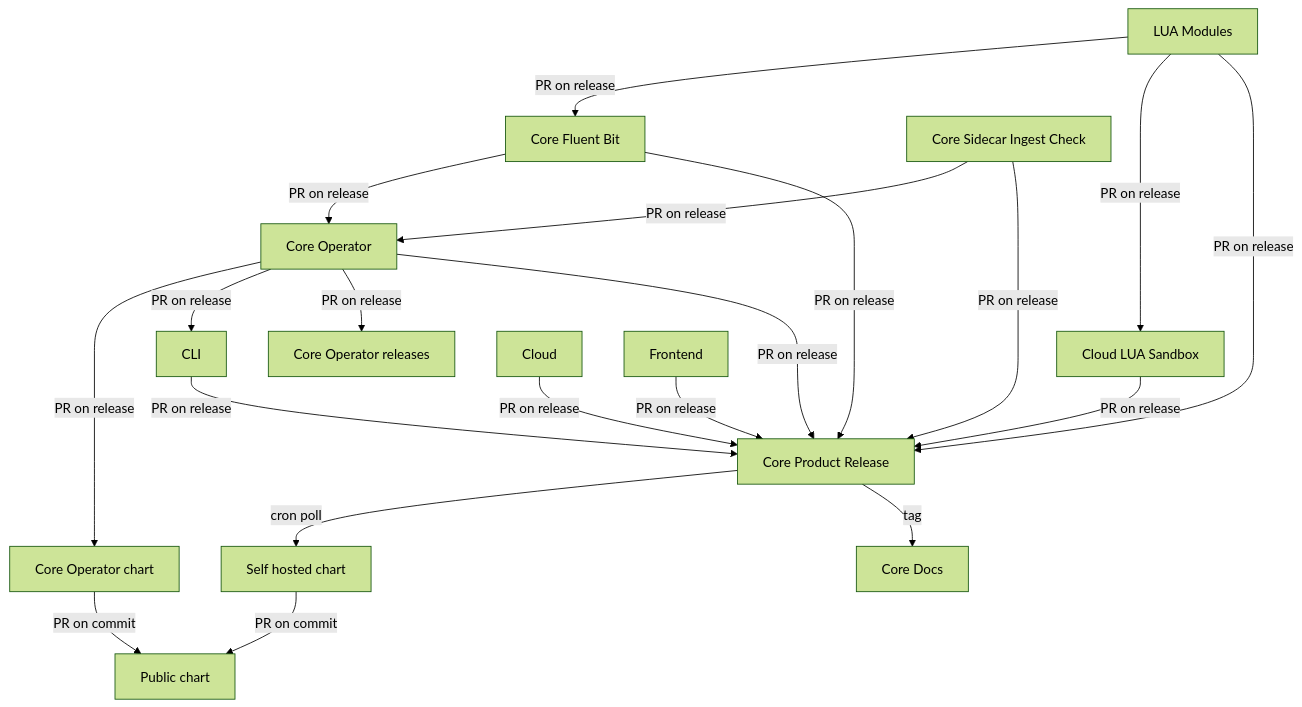
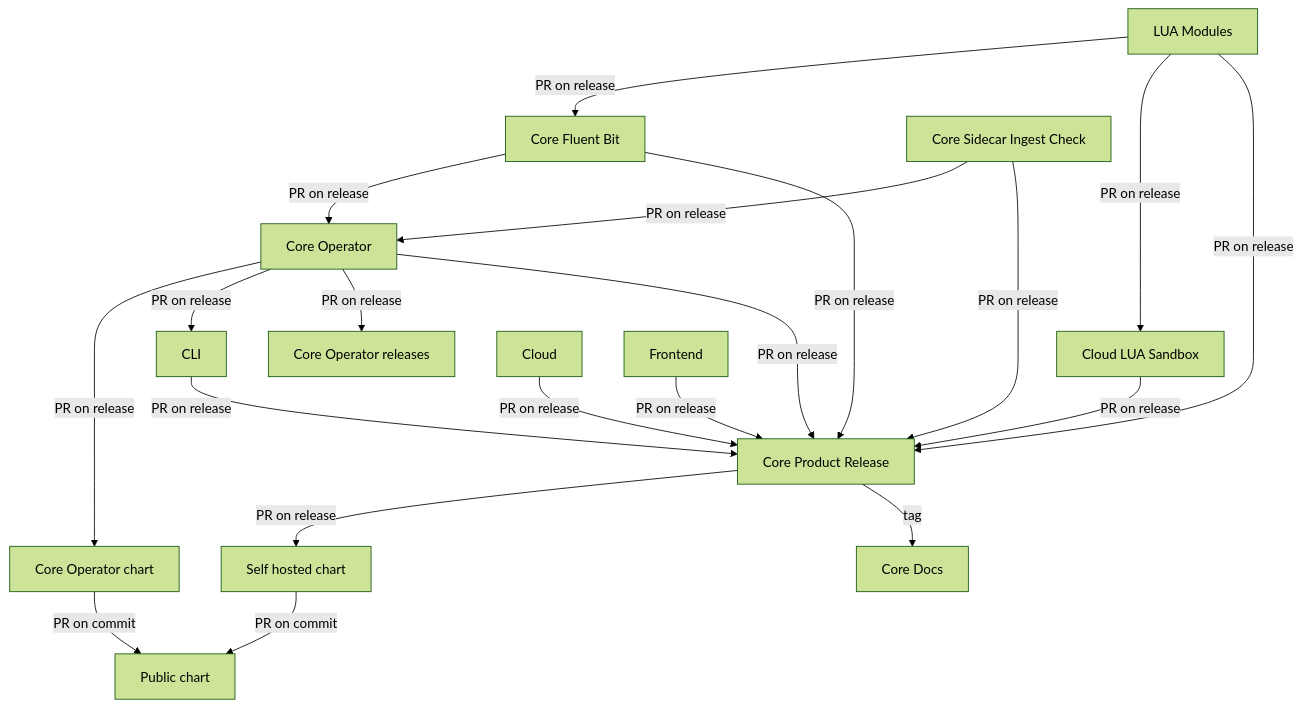
The diagram in README.md (chronosphereio/calyptia-core-product-release), drawn with Mermaid (forest theme) before and after one commit. The commit also changed other lines of this file and 1 other file, not shown here.

First line of the commit message:
workflows: push to self-hosted on release (#83)

````diff
--- a/README.md
+++ b/README.md
@@ -11,29 +11,29 @@
 ```mermaid
 graph TD;
    LM[LUA Modules]-- PR on release -->CFB[Core Fluent Bit];
    LM[LUA Modules]-- PR on release -->CLS[Cloud LUA Sandbox];
    LM[LUA Modules]-- PR on release -->CPR[Core Product Release];
 
    CFB[Core Fluent Bit]-- PR on release -->CO[Core Operator];
    CFB[Core Fluent Bit]-- PR on release -->CPR[Core Product Release];
 
    CSIC[Core Sidecar Ingest Check]-- PR on release -->CO[Core Operator];
    CSIC[Core Sidecar Ingest Check]-- PR on release -->CPR[Core Product Release];
 
    CO[Core Operator]-- PR on release -->COC[Core Operator chart];
    CO[Core Operator]-- PR on release -->CLI;
    CO[Core Operator]-- PR on release -->COR[Core Operator releases];
    CO[Core Operator]-- PR on release -->CPR[Core Product Release];
 
    COC[Core Operator chart]-- PR on commit -->PC[Public chart];
 
    CLI-- PR on release -->CPR[Core Product Release];
    Cloud-- PR on release -->CPR[Core Product Release];
    Frontend-- PR on release -->CPR[Core Product Release];
    CLS[Cloud LUA Sandbox]-- PR on release -->CPR[Core Product Release];
 
-   CPR[Core Product Release]-- cron poll -->SHC[Self hosted chart];
+   CPR[Core Product Release]-- PR on release -->SHC[Self hosted chart];
    SHC[Self hosted chart]-- PR on commit -->PC[Public chart];
 
    CPR[Core Product Release]-- tag -->CD[Core Docs];
 ```
````
